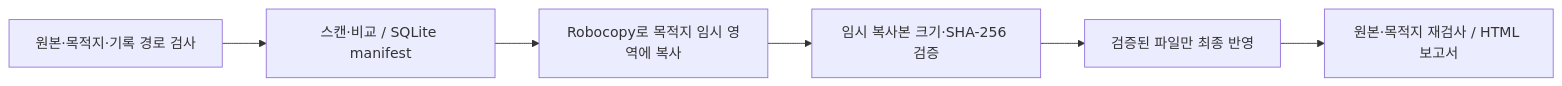
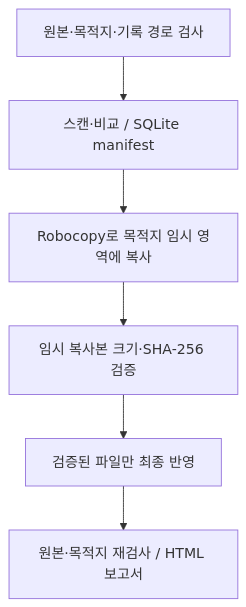
Before and after one commit to sebia1993/safe-file-sync-windows: the diagram in README.md, drawn with Mermaid.

Commit message:
docs: keep transfer flow readable in GitHub rendering

````diff
--- a/README.md
+++ b/README.md
@@ -51,8 +51,8 @@
 ```mermaid
-flowchart LR
+flowchart TD
     A["원본·목적지·기록 경로 검사"] --> B["스캔·비교 / SQLite manifest"]
     B --> C["Robocopy로 목적지 임시 영역에 복사"]
     C --> D["임시 복사본 크기·SHA-256 검증"]
     D --> E["검증된 파일만 최종 반영"]
     E --> F["원본·목적지 재검사 / HTML 보고서"]
 ```
````
